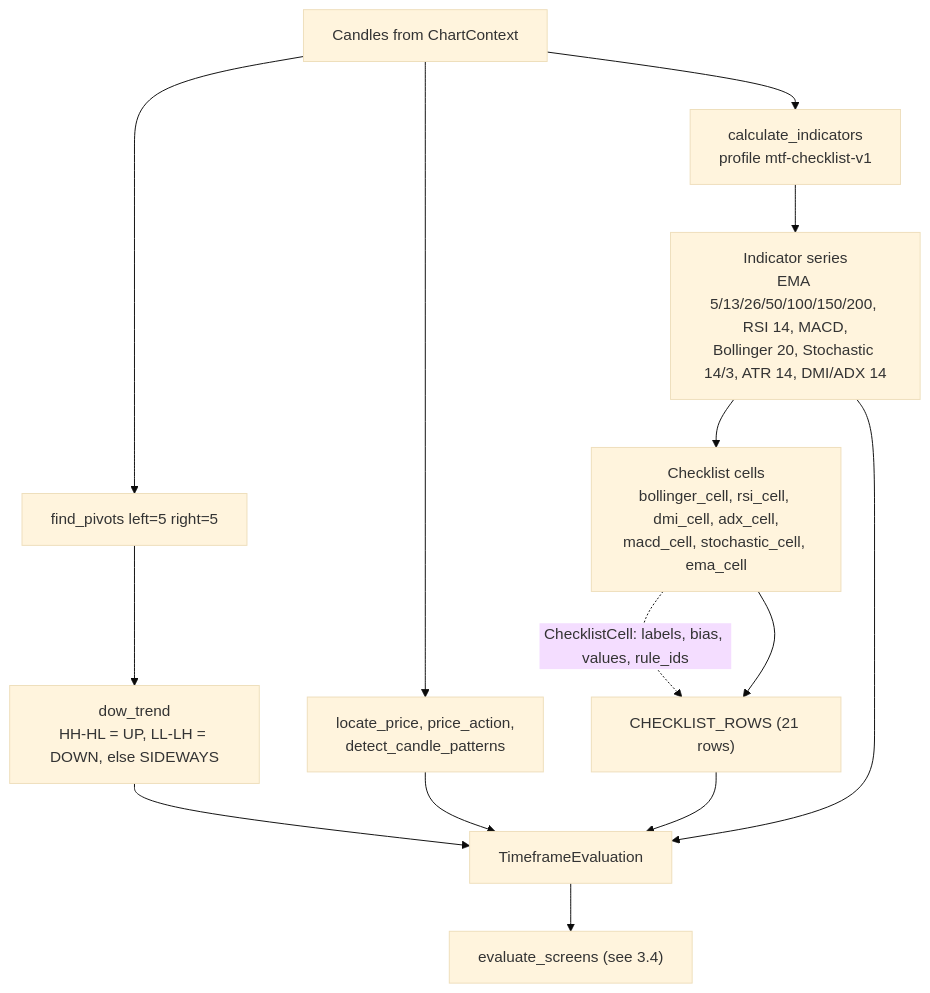
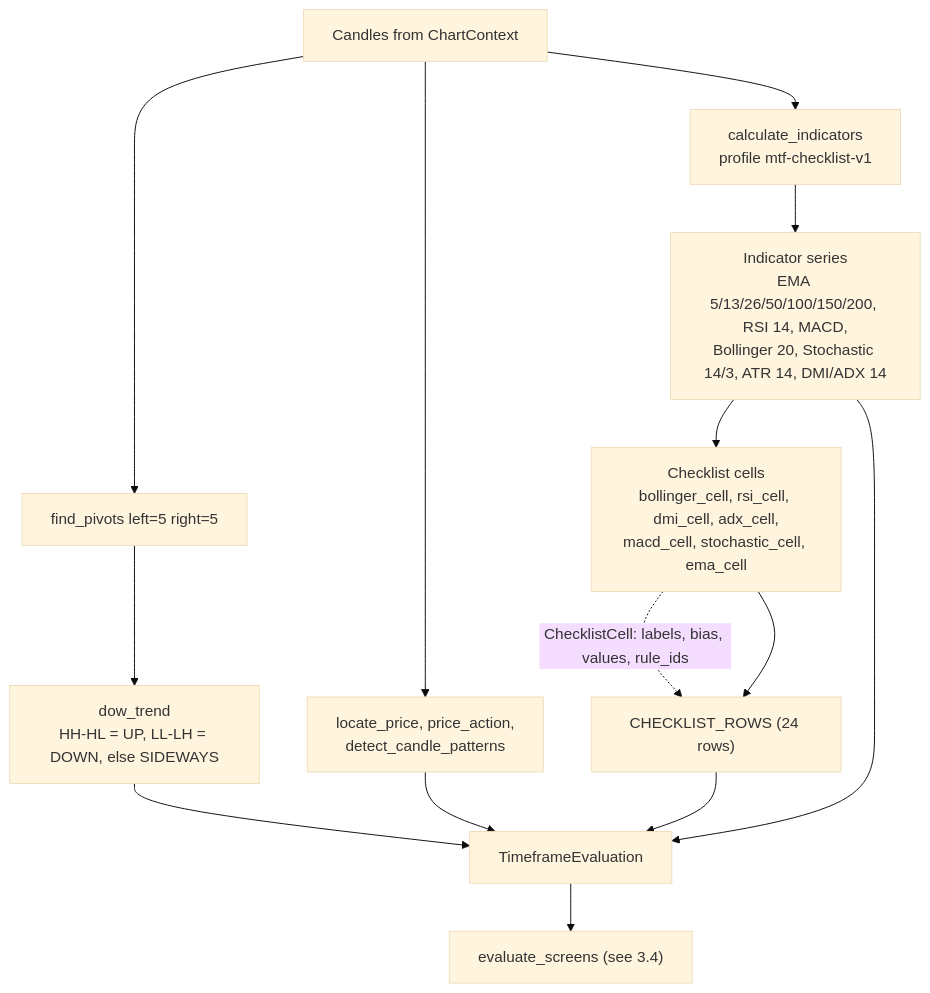
Before and after one commit to pravn27/god-market-tech-analysis: the ninth of 14 diagrams in docs/architecture/as-built-system-design.md, drawn with Mermaid (base theme). The commit also changed 12 other files, not shown here.

````diff
--- a/docs/architecture/as-built-system-design.md
+++ b/docs/architecture/as-built-system-design.md
@@ -402,16 +402,16 @@
 ```mermaid
 flowchart TD
     C["Candles from ChartContext"] --> IND["calculate_indicators<br/>profile mtf-checklist-v1"]
     IND --> SER["Indicator series<br/>EMA 5/13/26/50/100/150/200, RSI 14, MACD,<br/>Bollinger 20, Stochastic 14/3, ATR 14, DMI/ADX 14"]
     C --> PIV["find_pivots left=5 right=5"]
     PIV --> DOW["dow_trend<br/>HH-HL = UP, LL-LH = DOWN, else SIDEWAYS"]
     C --> PA["locate_price, price_action,<br/>detect_candle_patterns"]
     SER --> CELLS["Checklist cells<br/>bollinger_cell, rsi_cell, dmi_cell, adx_cell,<br/>macd_cell, stochastic_cell, ema_cell"]
     CELLS -. "ChecklistCell: labels, bias, values, rule_ids" .-> ROWS
-    CELLS --> ROWS["CHECKLIST_ROWS (21 rows)"]
+    CELLS --> ROWS["CHECKLIST_ROWS (24 rows)"]
     DOW --> EVAL
     PA --> EVAL
     ROWS --> EVAL["TimeframeEvaluation"]
     SER --> EVAL
     EVAL --> SCR["evaluate_screens (see 3.4)"]
 ```
````
